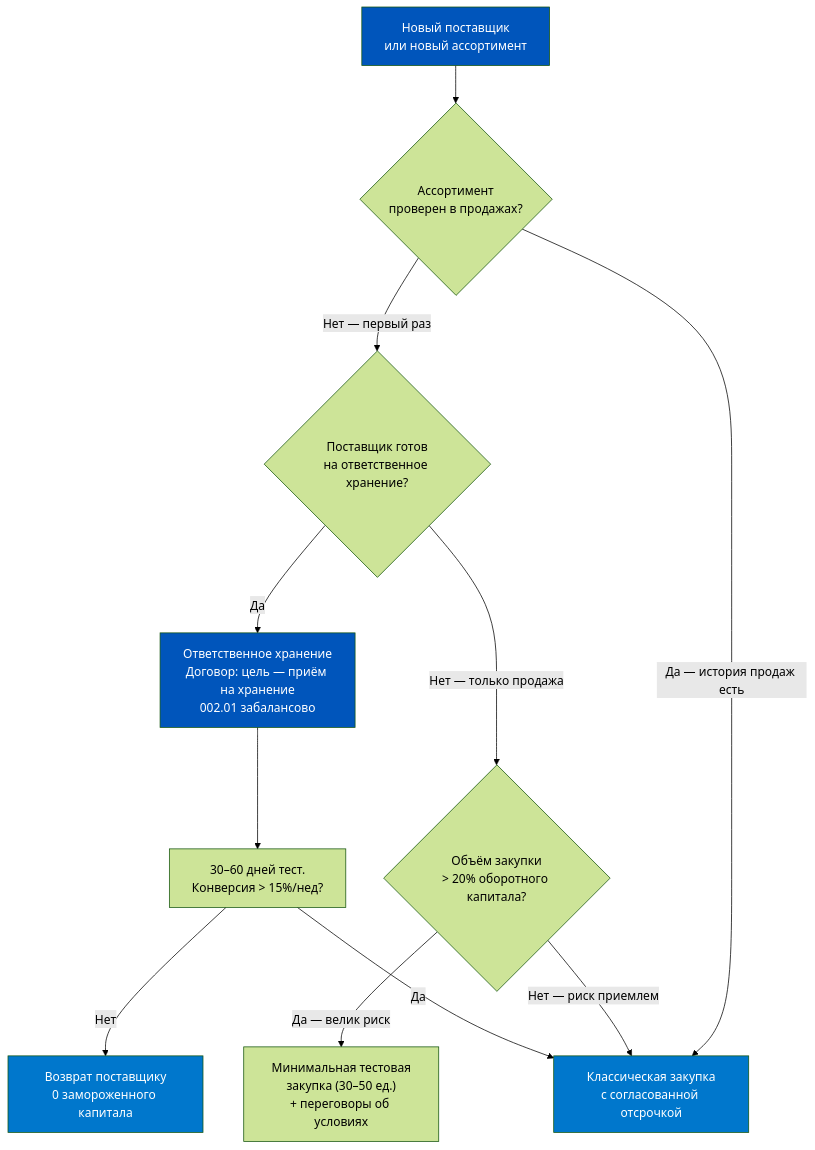
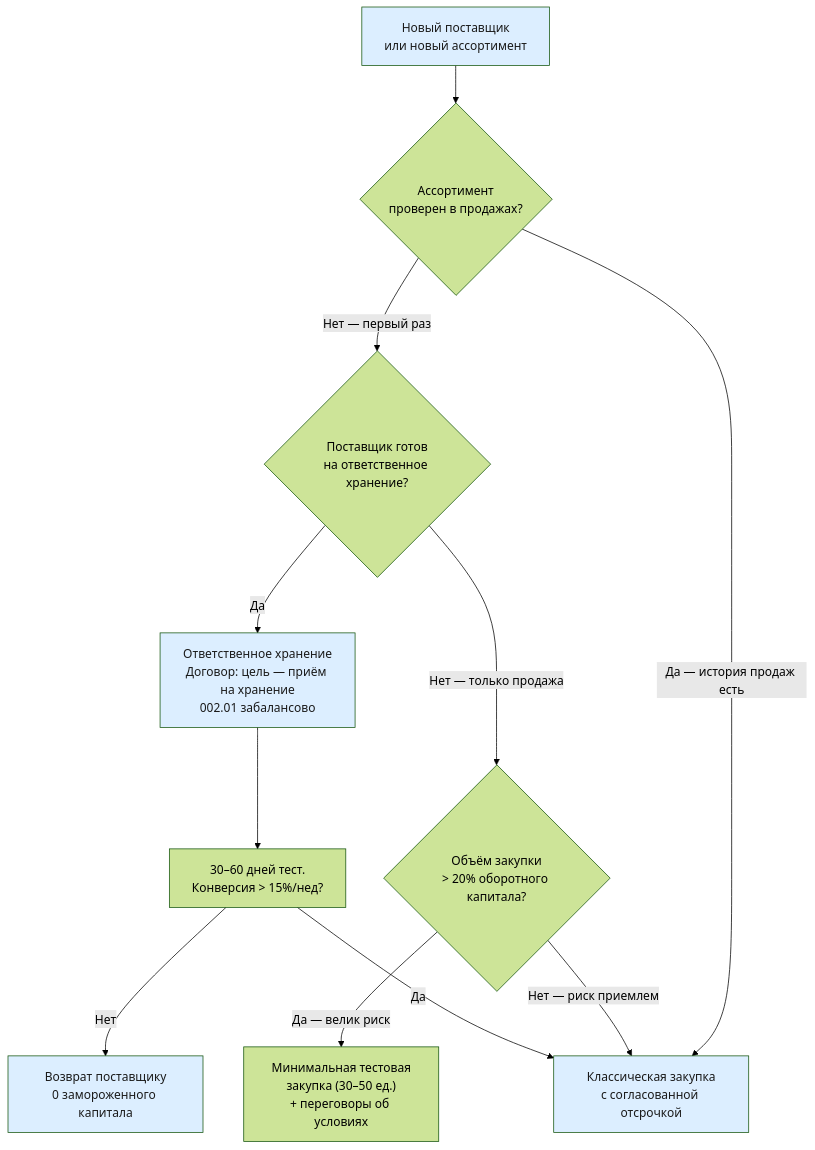
One commit to murad1986/1c-erp-quartz changed the fifth of 6 diagrams in content/1c-erp/week_3/Неделя 3 - День 4 - Ответственное хранение.md. Above: the diagram before and after it, drawn with Mermaid (forest theme). The commit also changed other lines of this file and 57 other files, not shown here.

First line of the commit message:
fix: Mermaid — пастельные цвета в источниках диаграмм (56 файлов)

````diff
--- a/content/1c-erp/week_3/Неделя 3 - День 4 - Ответственное хранение.md
+++ b/content/1c-erp/week_3/Неделя 3 - День 4 - Ответственное хранение.md
@@ -474,18 +474,18 @@
 ```mermaid
 flowchart TD
     A["Новый поставщик<br/>или новый ассортимент"] --> B{Ассортимент<br/>проверен в продажах?}
     B -->|Нет — первый раз| C{Поставщик готов<br/>на ответственное хранение?}
     B -->|Да — история продаж есть| D["Классическая закупка<br/>с согласованной отсрочкой"]
     C -->|Да| E["Ответственное хранение<br/>Договор: цель — приём на хранение<br/>002.01 забалансово"]
     C -->|Нет — только продажа| F{Объём закупки<br/>> 20% оборотного капитала?}
     F -->|Да — велик риск| G["Минимальная тестовая<br/>закупка (30–50 ед.)<br/>+ переговоры об условиях"]
     F -->|Нет — риск приемлем| D
     E --> H["30–60 дней тест.<br/>Конверсия > 15%/нед?"]
     H -->|Да| D
     H -->|Нет| I["Возврат поставщику<br/>0 замороженного капитала"]
 
-    style A fill:#0055BB,color:#fff
-    style E fill:#0055BB,color:#fff
-    style D fill:#0077CC,color:#fff
-    style I fill:#0077CC,color:#fff
+    style A fill:#dceeff,color:#1a1a1a
+    style E fill:#dceeff,color:#1a1a1a
+    style D fill:#dceeff,color:#1a1a1a
+    style I fill:#dceeff,color:#1a1a1a
 ```
````
